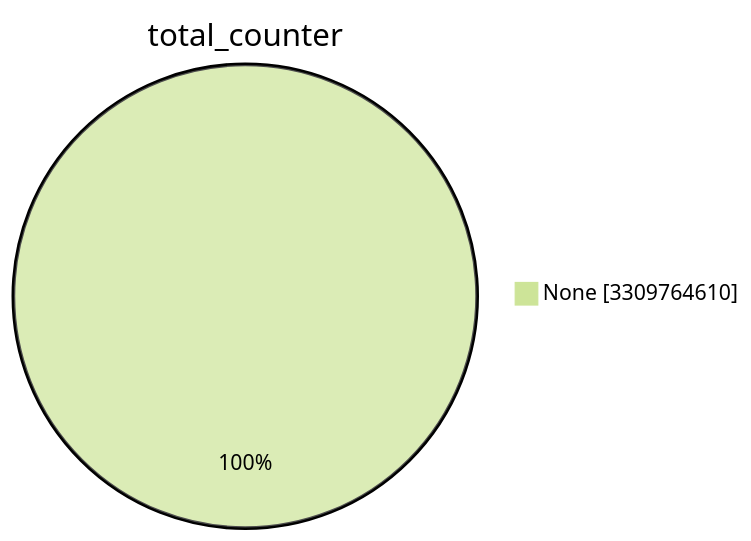
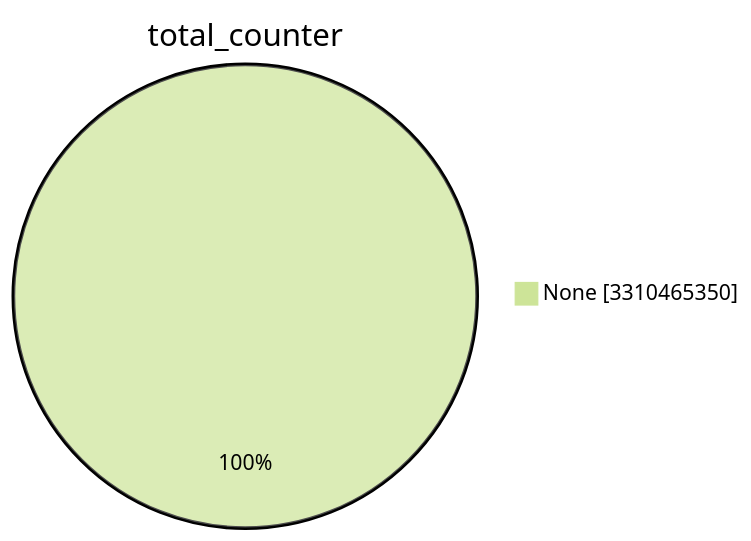
One commit to christiankrug/ctmonitor_visualization changed the first of 15 diagrams in TOTAL/README.md. Above: the diagram before and after it, drawn with Mermaid (forest theme). The commit also changed other lines of this file, not shown here.

````diff
--- a/TOTAL/README.md
+++ b/TOTAL/README.md
@@ -1,5 +1,5 @@
 ```mermaid
 pie showData
 title total_counter
-"None" :3309764610
+"None" :3310465350
 ```
````
